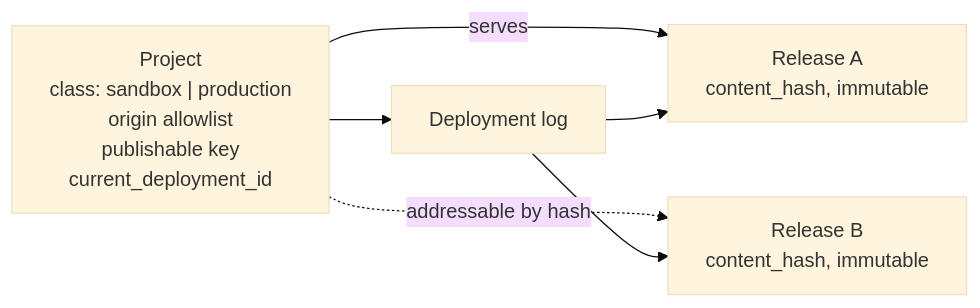
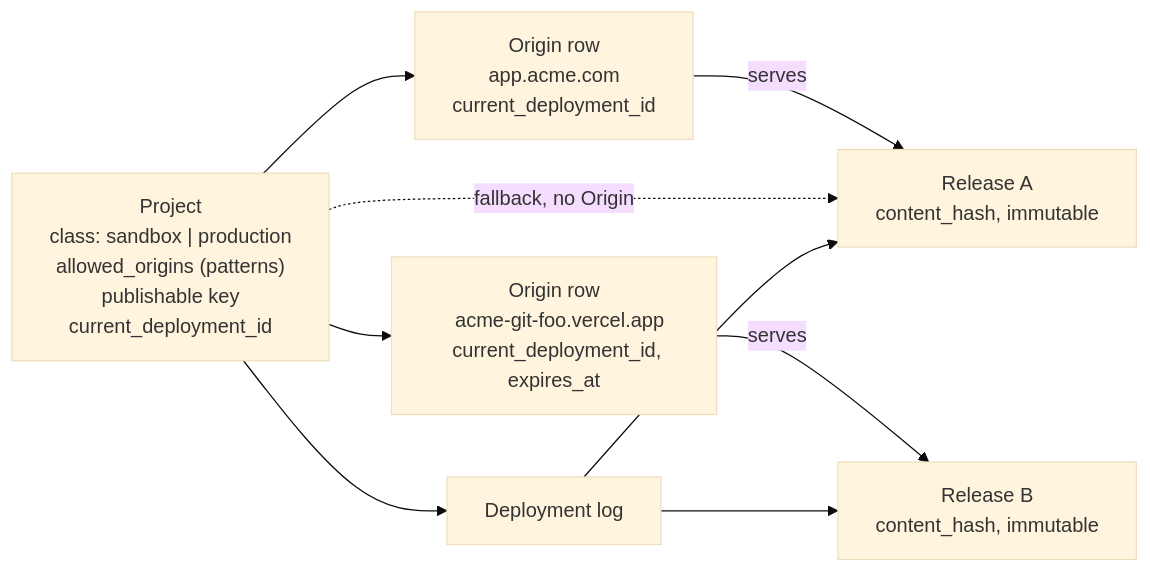
One commit to zitadel/nextgen changed the diagram in docs/design/platform/releases-without-environments.md. Above: the diagram before and after it, drawn with Mermaid (base theme). The commit also changed other lines of this file, not shown here.

First line of the commit message:
docs: split the origin allowlist from the origin inventory

````diff
--- a/docs/design/platform/releases-without-environments.md
+++ b/docs/design/platform/releases-without-environments.md
@@ -85,18 +85,27 @@
 ```mermaid
 flowchart LR
   P["Project
   class: sandbox | production
-  origin allowlist
+  allowed_origins (patterns)
   publishable key
   current_deployment_id"]
+  O1["Origin row
+  app.acme.com
+  current_deployment_id"]
+  O2["Origin row
+  acme-git-foo.vercel.app
+  current_deployment_id, expires_at"]
   R1["Release A
   content_hash, immutable"]
   R2["Release B
   content_hash, immutable"]
   D[Deployment log]
-  P -->|serves| R1
-  P -.->|addressable by hash| R2
+  P --> O1
+  P --> O2
+  O1 -->|serves| R1
+  O2 -->|serves| R2
+  P -.->|fallback, no Origin| R1
   P --> D
   D --> R1
   D --> R2
 ```
````
